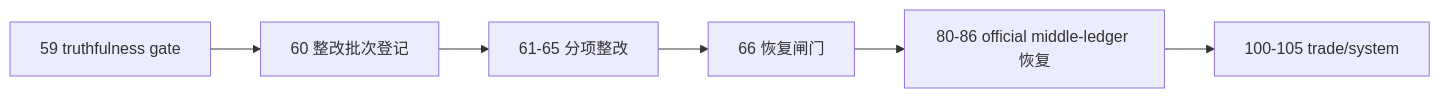
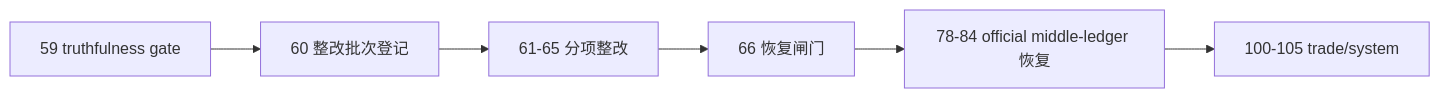
Before and after one commit to everything-is-simple/lifespan-0.01: the diagram in docs/03-execution/60-mainline-rectification-batch-registration-and-scope-freeze-conclusion-20260415.md, drawn with Mermaid. The commit also changed other lines of this file and 86 other files, not shown here.

````diff
--- a/docs/03-execution/60-mainline-rectification-batch-registration-and-scope-freeze-conclusion-20260415.md
+++ b/docs/03-execution/60-mainline-rectification-batch-registration-and-scope-freeze-conclusion-20260415.md
@@ -41,8 +41,8 @@
 ```mermaid
 flowchart LR
     C59["59 truthfulness gate"] --> C60["60 整改批次登记"]
     C60 --> C61["61-65 分项整改"]
     C61 --> C66["66 恢复闸门"]
-    C66 --> C80["80-86 official middle-ledger 恢复"]
+    C66 --> C80["78-84 official middle-ledger 恢复"]
     C80 --> C100["100-105 trade/system"]
 ```
````
